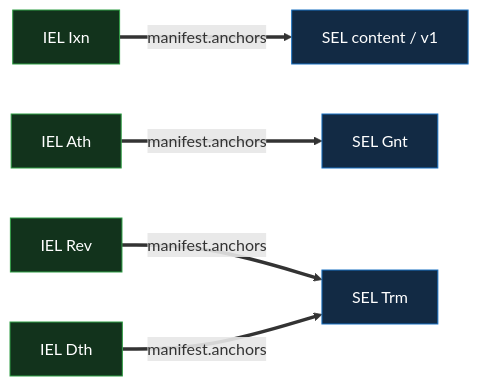
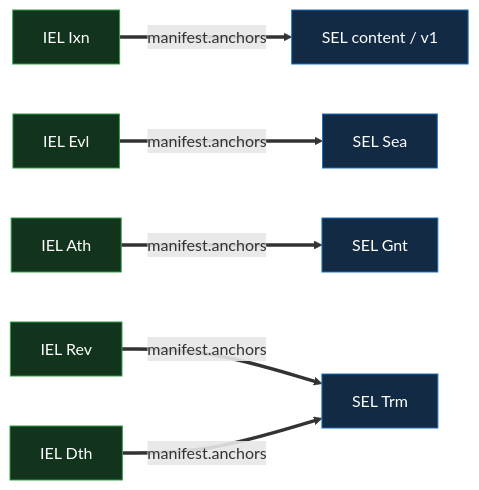
Before and after one commit to jasoncolburne/vdti: the diagram in docs/design/primitives/data/event-logs/iel/events.md, drawn with Mermaid. The commit also changed other lines of this file and 42 other files, not shown here.

````diff
--- a/docs/design/primitives/data/event-logs/iel/events.md
+++ b/docs/design/primitives/data/event-logs/iel/events.md
@@ -331,9 +348,10 @@
 ```mermaid
 flowchart LR
   Ixn["IEL Ixn"]:::iel ==>|manifest.anchors| c["SEL content / v1"]:::sel
+  Evl["IEL Evl"]:::iel ==>|manifest.anchors| Sea["SEL Sea"]:::sel
   Ath["IEL Ath"]:::iel ==>|manifest.anchors| Gnt["SEL Gnt"]:::sel
   Rev["IEL Rev"]:::iel ==>|manifest.anchors| Trm["SEL Trm"]:::sel
   Dth["IEL Dth"]:::iel ==>|manifest.anchors| Trm
   classDef iel fill:#12331c,stroke:#2f9e44,color:#fff
   classDef sel fill:#122a44,stroke:#1971c2,color:#fff
 ```
````
